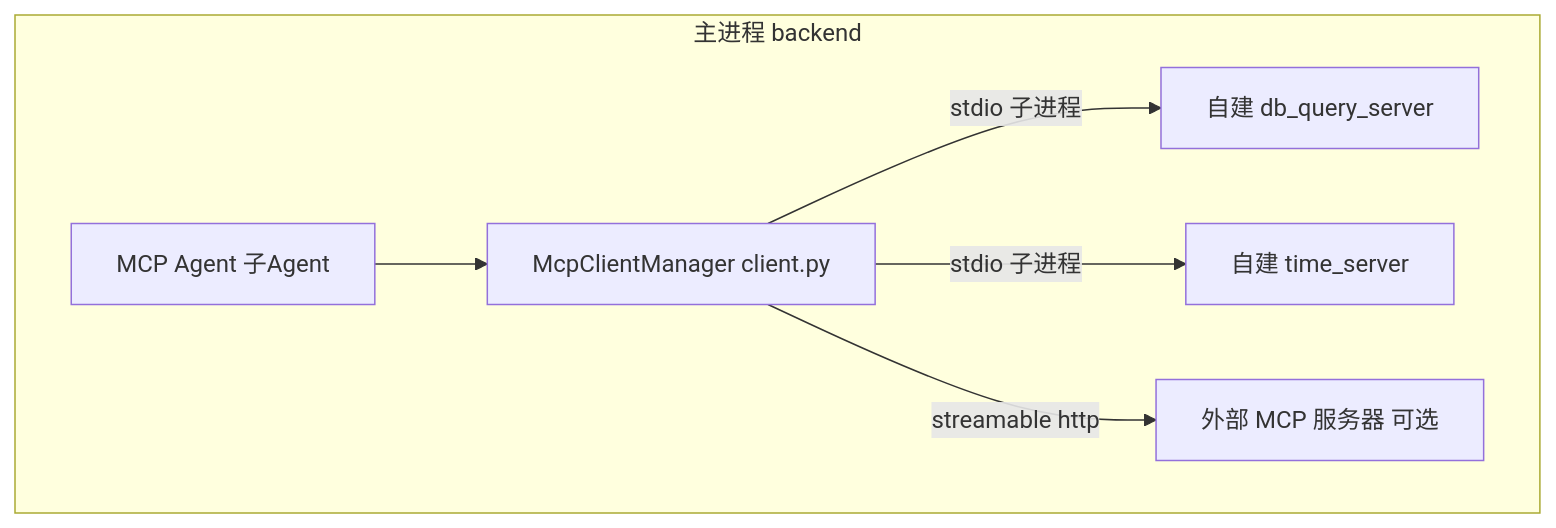
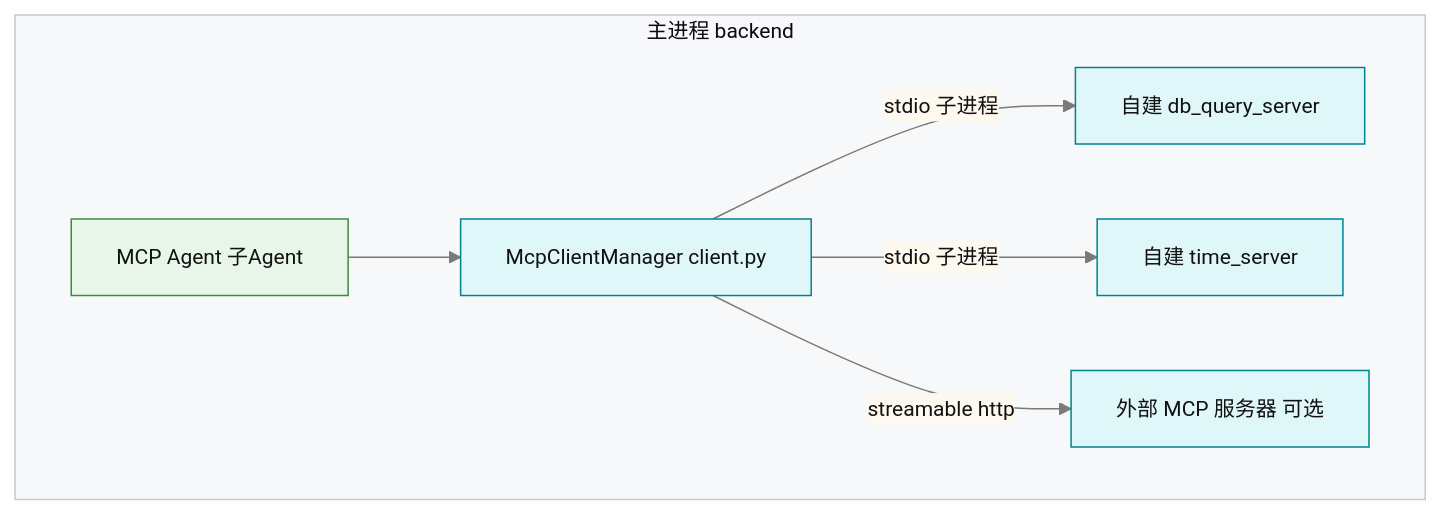
Before and after one commit to Zhuliqx/Agentchat: the fifth of 8 diagrams in docs/EXPLAIN.md, drawn with Mermaid. The commit also changed other lines of this file and 5 other files, not shown here.

Commit message:
优化mermaid图

````diff
--- a/docs/EXPLAIN.md
+++ b/docs/EXPLAIN.md
@@ -327,9 +342,12 @@
 ```mermaid
+%%{init: {"theme":"base", "themeVariables": {"primaryColor":"#ecf3ff", "primaryBorderColor":"#3b6fd4", "primaryTextColor":"#111", "lineColor":"#7a7a7a", "fontSize":"14px", "clusterBkg":"#f7f8fa", "clusterBorder":"#c4c9d2", "secondaryColor":"#fef9ef", "tertiaryColor":"#f2f7f2", "actorBkg":"#ecf3ff", "actorBorder":"#3b6fd4", "noteBkg":"#fef9ef"}}}%%
 graph TD
+    classDef agent fill:#e8f5e9,stroke:#388e3c
+    classDef mcp fill:#e0f7fa,stroke:#00838f
     subgraph 主进程 backend
-        AGENT[MCP Agent 子Agent] --> CLIENT[McpClientManager client.py]
-        CLIENT -->|stdio 子进程| DB[自建 db_query_server]
-        CLIENT -->|stdio 子进程| TIME[自建 time_server]
-        CLIENT -->|streamable http| EXT[外部 MCP 服务器 可选]
+        AGENT[MCP Agent 子Agent]:::agent --> CLIENT[McpClientManager client.py]:::mcp
+        CLIENT -->|stdio 子进程| DB[自建 db_query_server]:::mcp
+        CLIENT -->|stdio 子进程| TIME[自建 time_server]:::mcp
+        CLIENT -->|streamable http| EXT[外部 MCP 服务器 可选]:::mcp
     end
 ```
````
